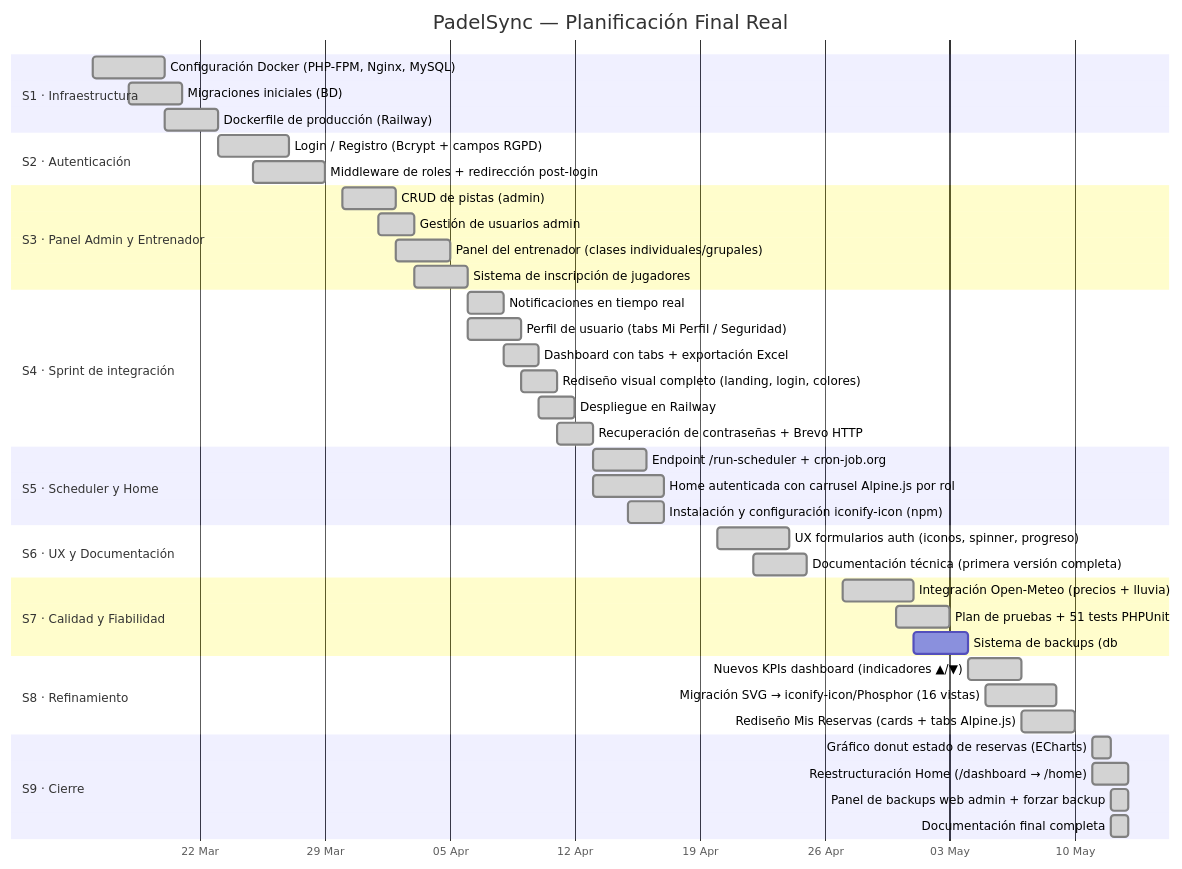
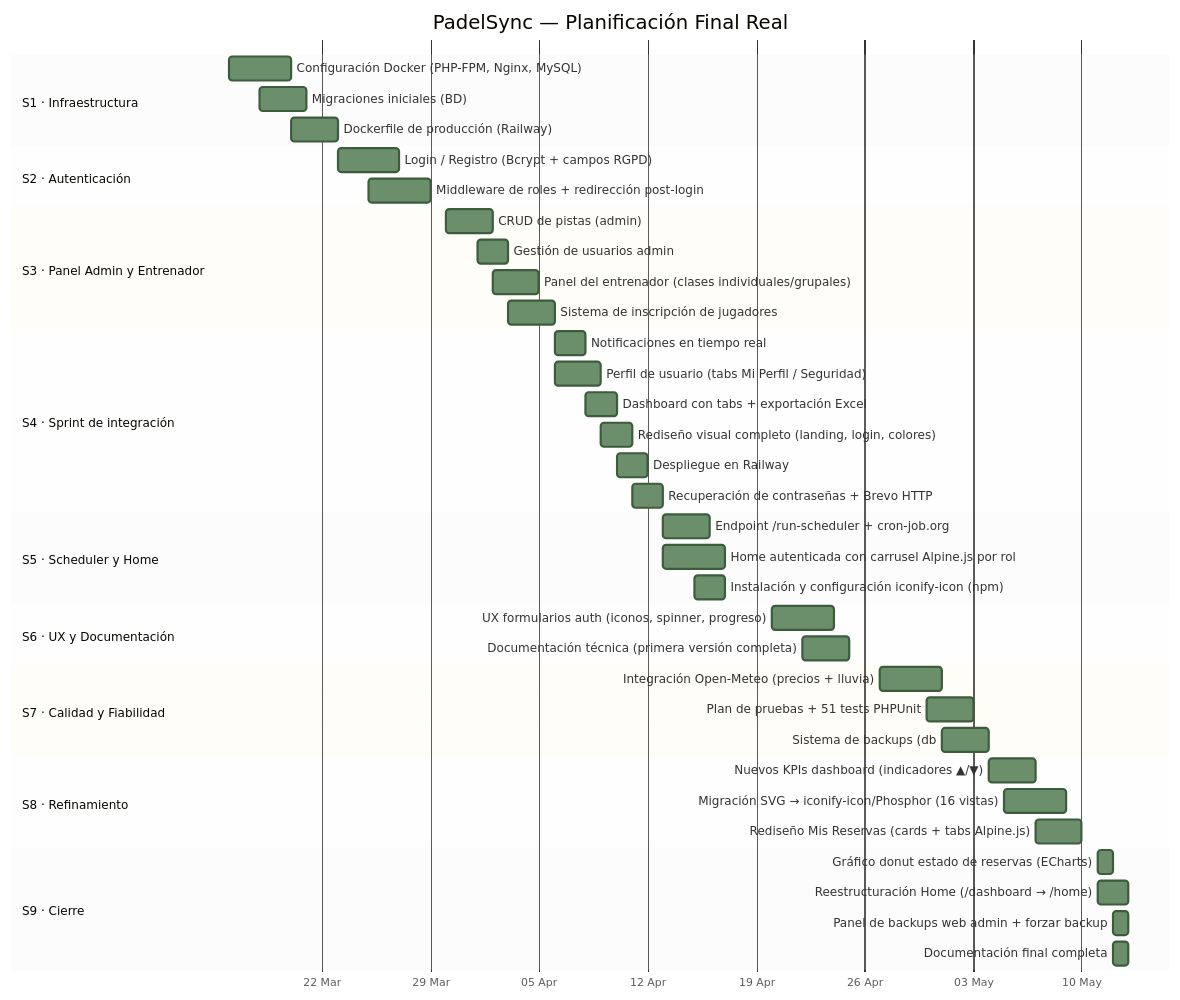
One commit to pabloiglepe/Prueba1---TFG changed the first of 2 diagrams in docs/PLANIFICACION_REAL.md. Above: the diagram before and after it, drawn with Mermaid. The commit also changed other lines of this file, not shown here.

Commit message:
Actualización documentación

````diff
--- a/docs/PLANIFICACION_REAL.md
+++ b/docs/PLANIFICACION_REAL.md
@@ -10,54 +10,55 @@
 ```mermaid
+%%{init: {'theme': 'base', 'gantt': {'leftPadding': 200, 'barHeight': 22, 'barGap': 6}, 'themeVariables': {'sectionBkgColor': '#e8f0e8', 'altSectionBkgColor': '#f5f8f5', 'taskBkgColor': '#6b8f6b', 'taskBorderColor': '#3d5c3d', 'activeTaskBkgColor': '#4a6b4a', 'activeTaskBorderColor': '#2d3b2d', 'critBkgColor': '#e05c5c', 'critBorderColor': '#b03030', 'todayLineColor': '#e05c5c', 'gridColor': '#d0d8d0'}}}%%
 gantt
     title PadelSync — Planificación Final Real
     dateFormat  YYYY-MM-DD
     axisFormat  %d %b
 
     section S1 · Infraestructura
-    Configuración Docker (PHP-FPM, Nginx, MySQL)      :done, 2026-03-16, 4d
-    Migraciones iniciales (BD)                         :done, 2026-03-18, 3d
-    Dockerfile de producción (Railway)                 :done, 2026-03-20, 3d
+    Configuración Docker (PHP-FPM, Nginx, MySQL)       :2026-03-16, 4d
+    Migraciones iniciales (BD)                          :2026-03-18, 3d
+    Dockerfile de producción (Railway)                  :2026-03-20, 3d
 
     section S2 · Autenticación
-    Login / Registro (Bcrypt + campos RGPD)           :done, 2026-03-23, 4d
-    Middleware de roles + redirección post-login       :done, 2026-03-25, 4d
+    Login / Registro (Bcrypt + campos RGPD)            :2026-03-23, 4d
+    Middleware de roles + redirección post-login        :2026-03-25, 4d
 
     section S3 · Panel Admin y Entrenador
-    CRUD de pistas (admin)                             :done, 2026-03-30, 3d
-    Gestión de usuarios admin                          :done, 2026-04-01, 2d
-    Panel del entrenador (clases individuales/grupales):done, 2026-04-02, 3d
-    Sistema de inscripción de jugadores                :done, 2026-04-03, 3d
+    CRUD de pistas (admin)                              :2026-03-30, 3d
+    Gestión de usuarios admin                           :2026-04-01, 2d
+    Panel del entrenador (clases individuales/grupales) :2026-04-02, 3d
+    Sistema de inscripción de jugadores                 :2026-04-03, 3d
 
     section S4 · Sprint de integración
-    Notificaciones en tiempo real                      :done, 2026-04-06, 2d
-    Perfil de usuario (tabs Mi Perfil / Seguridad)    :done, 2026-04-06, 3d
-    Dashboard con tabs + exportación Excel             :done, 2026-04-08, 2d
-    Rediseño visual completo (landing, login, colores) :done, 2026-04-09, 2d
-    Despliegue en Railway                              :done, 2026-04-10, 2d
-    Recuperación de contraseñas + Brevo HTTP           :done, 2026-04-11, 2d
+    Notificaciones en tiempo real                       :2026-04-06, 2d
+    Perfil de usuario (tabs Mi Perfil / Seguridad)     :2026-04-06, 3d
+    Dashboard con tabs + exportación Excel              :2026-04-08, 2d
+    Rediseño visual completo (landing, login, colores)  :2026-04-09, 2d
+    Despliegue en Railway                               :2026-04-10, 2d
+    Recuperación de contraseñas + Brevo HTTP            :2026-04-11, 2d
 
     section S5 · Scheduler y Home
-    Endpoint /run-scheduler + cron-job.org             :done, 2026-04-13, 3d
-    Home autenticada con carrusel Alpine.js por rol    :done, 2026-04-13, 4d
-    Instalación y configuración iconify-icon (npm)     :done, 2026-04-15, 2d
+    Endpoint /run-scheduler + cron-job.org              :2026-04-13, 3d
+    Home autenticada con carrusel Alpine.js por rol     :2026-04-13, 4d
+    Instalación y configuración iconify-icon (npm)      :2026-04-15, 2d
 
     section S6 · UX y Documentación
-    UX formularios auth (iconos, spinner, progreso)    :done, 2026-04-20, 4d
-    Documentación técnica (primera versión completa)   :done, 2026-04-22, 3d
+    UX formularios auth (iconos, spinner, progreso)     :2026-04-20, 4d
+    Documentación técnica (primera versión completa)    :2026-04-22, 3d
 
     section S7 · Calidad y Fiabilidad
-    Integración Open-Meteo (precios + lluvia)          :done, 2026-04-27, 4d
-    Plan de pruebas + 51 tests PHPUnit                 :done, 2026-04-30, 3d
-    Sistema de backups (db:backup / db:restore)        :done, 2026-05-01, 3d
+    Integración Open-Meteo (precios + lluvia)           :2026-04-27, 4d
+    Plan de pruebas + 51 tests PHPUnit                  :2026-04-30, 3d
+    Sistema de backups (db:backup / db:restore)         :2026-05-01, 3d
 
     section S8 · Refinamiento
-    Nuevos KPIs dashboard (indicadores ▲/▼)           :done, 2026-05-04, 3d
-    Migración SVG → iconify-icon/Phosphor (16 vistas)  :done, 2026-05-05, 4d
-    Rediseño Mis Reservas (cards + tabs Alpine.js)     :done, 2026-05-07, 3d
+    Nuevos KPIs dashboard (indicadores ▲/▼)            :2026-05-04, 3d
+    Migración SVG → iconify-icon/Phosphor (16 vistas)   :2026-05-05, 4d
+    Rediseño Mis Reservas (cards + tabs Alpine.js)      :2026-05-07, 3d
 
     section S9 · Cierre
-    Gráfico donut estado de reservas (ECharts)         :done, 2026-05-11, 1d
-    Reestructuración Home (/dashboard → /home)         :done, 2026-05-11, 2d
-    Panel de backups web admin + forzar backup         :done, 2026-05-12, 1d
-    Documentación final completa                       :done, 2026-05-12, 1d
+    Gráfico donut estado de reservas (ECharts)          :2026-05-11, 1d
+    Reestructuración Home (/dashboard → /home)          :2026-05-11, 2d
+    Panel de backups web admin + forzar backup          :2026-05-12, 1d
+    Documentación final completa                        :2026-05-12, 1d
 ```
````
